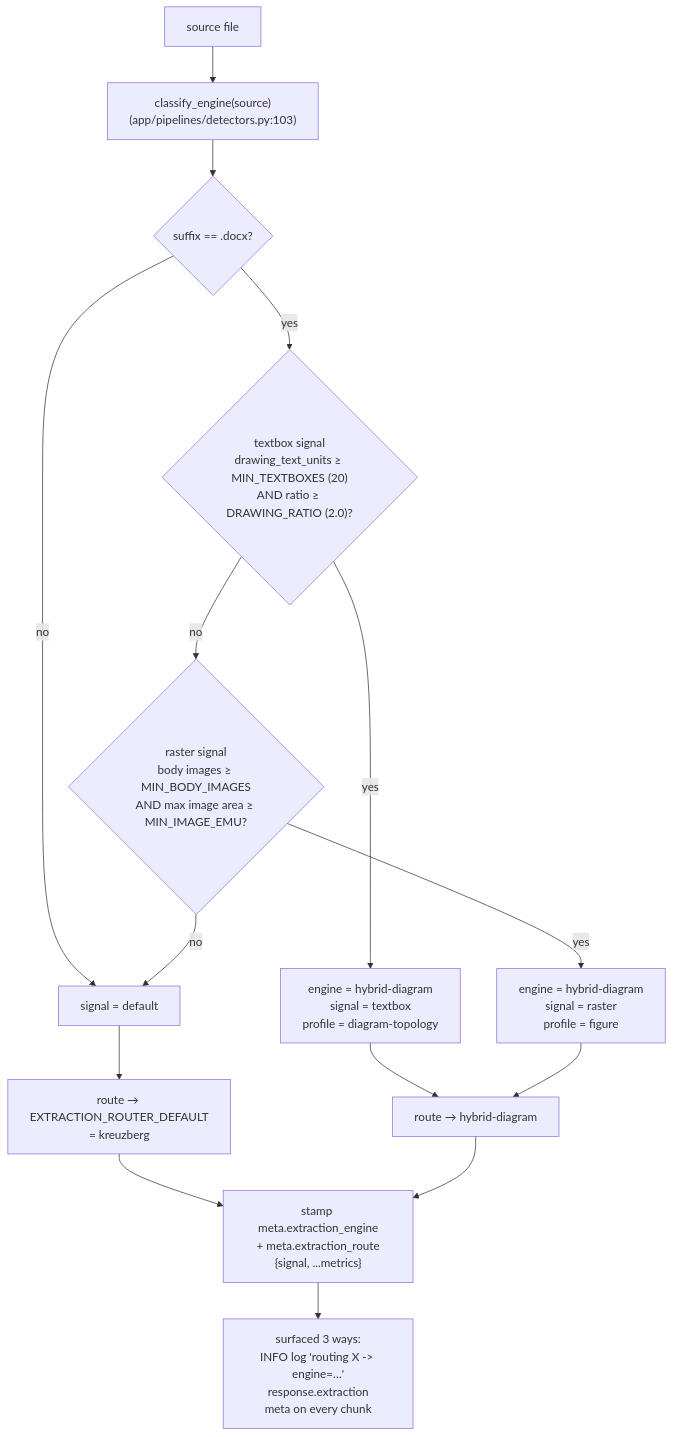
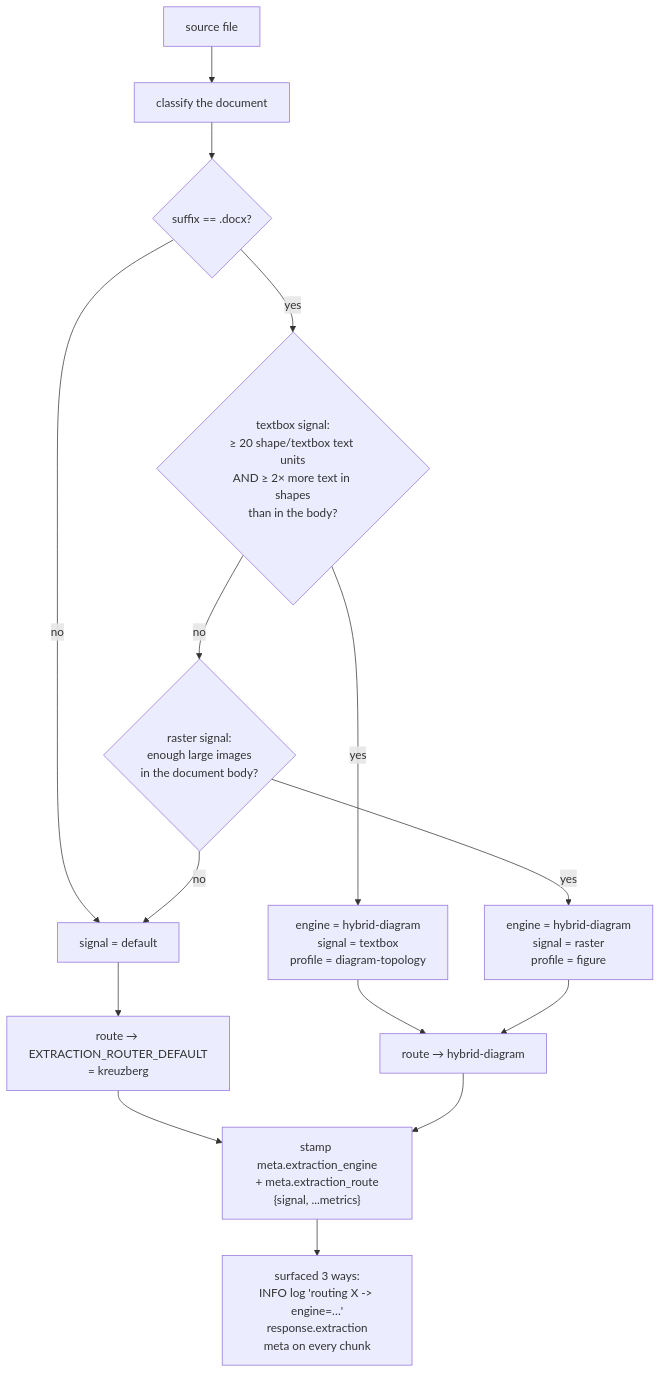
The third of 5 diagrams in docs/data-flow.md (AarhusAI/ingestion-service), drawn with Mermaid before and after one commit. The commit also changed other lines of this file, not shown here.

Commit message:
Update data flow

````diff
--- a/docs/data-flow.md
+++ b/docs/data-flow.md
@@ -141,20 +120,20 @@
 ```mermaid
 flowchart TD
-    SRC["source file"] --> CLS["classify_engine(source)<br/>(app/pipelines/detectors.py:103)"]
+    SRC["source file"] --> CLS["classify the document"]
     CLS --> EXT{"suffix == .docx?"}
     EXT -->|no| DEF["signal = default"]
 
-    EXT -->|yes| TB{"textbox signal<br/>drawing_text_units ≥ MIN_TEXTBOXES (20)<br/>AND ratio ≥ DRAWING_RATIO (2.0)?"}
+    EXT -->|yes| TB{"textbox signal:<br/>≥ 20 shape/textbox text units<br/>AND ≥ 2× more text in shapes<br/>than in the body?"}
     TB -->|yes| DIAG["engine = hybrid-diagram<br/>signal = textbox<br/>profile = diagram-topology"]
-    TB -->|no| RAS{"raster signal<br/>body images ≥ MIN_BODY_IMAGES<br/>AND max image area ≥ MIN_IMAGE_EMU?"}
+    TB -->|no| RAS{"raster signal:<br/>enough large images<br/>in the document body?"}
     RAS -->|yes| DIAGR["engine = hybrid-diagram<br/>signal = raster<br/>profile = figure"]
     RAS -->|no| DEF
 
     DEF --> KRZ["route → EXTRACTION_ROUTER_DEFAULT<br/>= kreuzberg"]
     DIAG --> HYB["route → hybrid-diagram"]
     DIAGR --> HYB
 
     KRZ --> STAMP["stamp meta.extraction_engine<br/>+ meta.extraction_route<br/>{signal, ...metrics}"]
     HYB --> STAMP
     STAMP --> LOG["surfaced 3 ways:<br/>INFO log 'routing X -> engine=…'<br/>response.extraction<br/>meta on every chunk"]
 ```
````
